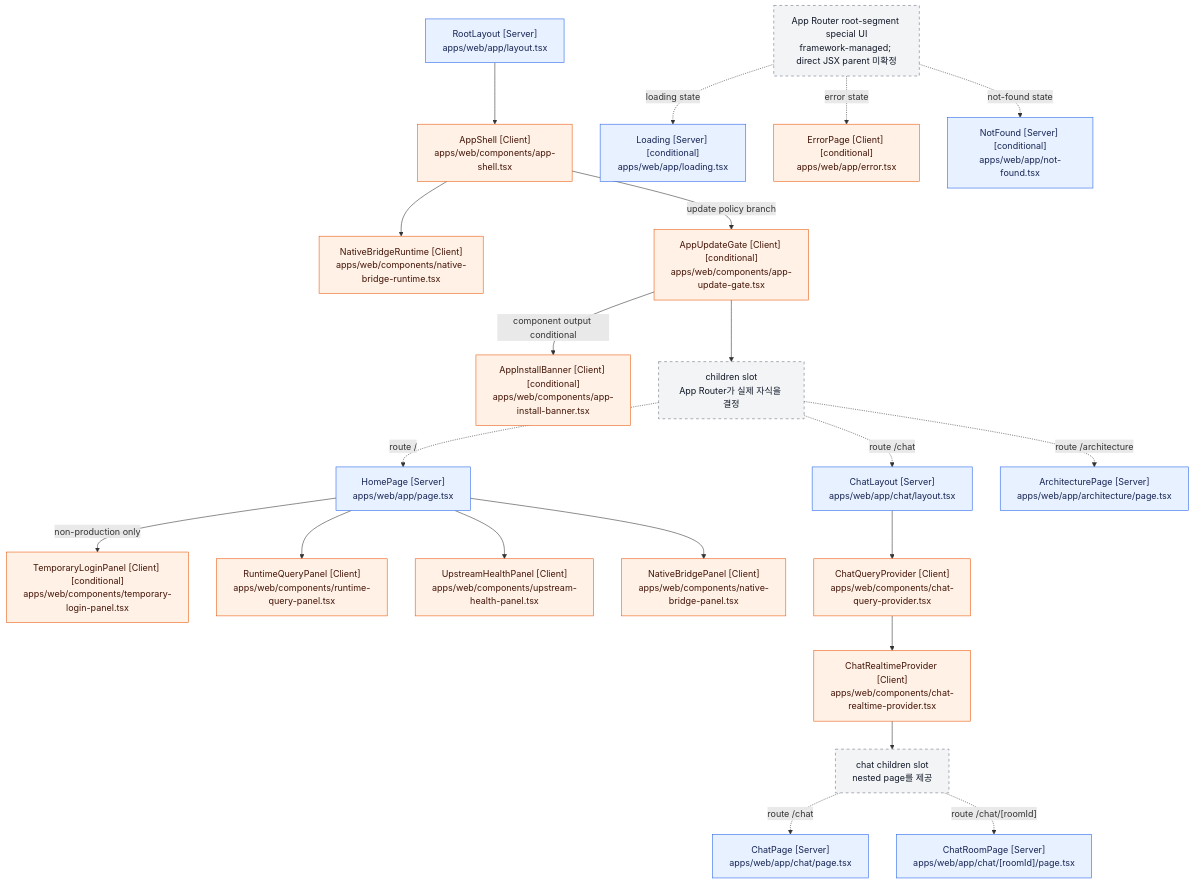
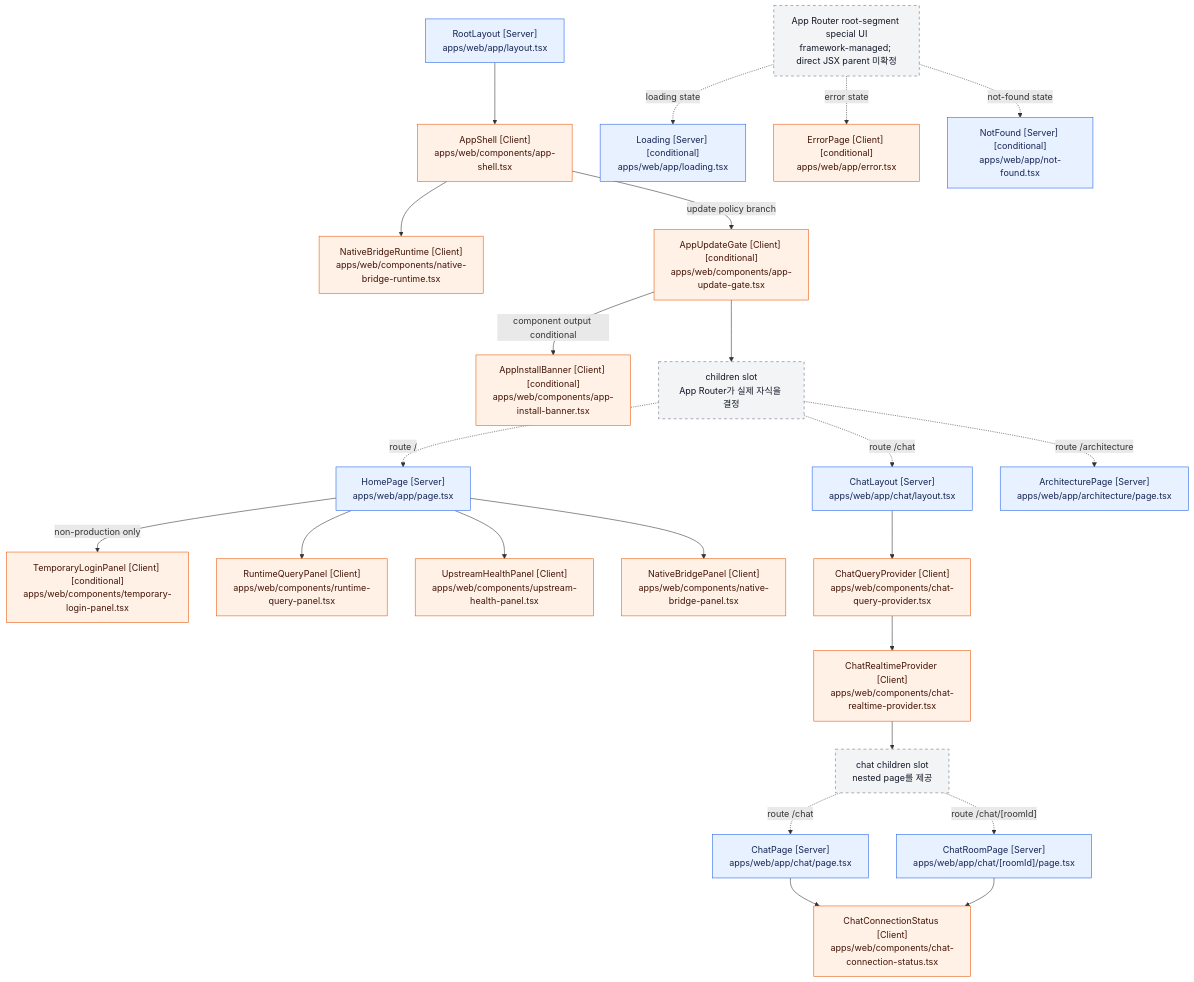
Before and after one commit to mokpombc17-coder/CIVIC-AI: the diagram in docs/architecture/react-component-tree.md, drawn with Mermaid. The commit also changed other lines of this file and 5 other files, not shown here.

Commit message:
feat(web): show chat connection status

````diff
--- a/docs/architecture/react-component-tree.md
+++ b/docs/architecture/react-component-tree.md
@@ -105,62 +107,65 @@
 ```mermaid
 flowchart TD
     RootLayout["RootLayout [Server]<br/>apps/web/app/layout.tsx"]
     AppShell["AppShell [Client]<br/>apps/web/components/app-shell.tsx"]
     NativeBridgeRuntime["NativeBridgeRuntime [Client]<br/>apps/web/components/native-bridge-runtime.tsx"]
     AppUpdateGate["AppUpdateGate [Client] [conditional]<br/>apps/web/components/app-update-gate.tsx"]
     AppInstallBanner["AppInstallBanner [Client] [conditional]<br/>apps/web/components/app-install-banner.tsx"]
     ChildrenSlot["children slot<br/>App Router가 실제 자식을 결정"]
 
     HomePage["HomePage [Server]<br/>apps/web/app/page.tsx"]
     TemporaryLoginPanel["TemporaryLoginPanel [Client] [conditional]<br/>apps/web/components/temporary-login-panel.tsx"]
     RuntimeQueryPanel["RuntimeQueryPanel [Client]<br/>apps/web/components/runtime-query-panel.tsx"]
     UpstreamHealthPanel["UpstreamHealthPanel [Client]<br/>apps/web/components/upstream-health-panel.tsx"]
     NativeBridgePanel["NativeBridgePanel [Client]<br/>apps/web/components/native-bridge-panel.tsx"]
 
     ChatLayout["ChatLayout [Server]<br/>apps/web/app/chat/layout.tsx"]
     ChatQueryProvider["ChatQueryProvider [Client]<br/>apps/web/components/chat-query-provider.tsx"]
     ChatRealtimeProvider["ChatRealtimeProvider [Client]<br/>apps/web/components/chat-realtime-provider.tsx"]
     ChatChildrenSlot["chat children slot<br/>nested page를 제공"]
     ChatPage["ChatPage [Server]<br/>apps/web/app/chat/page.tsx"]
     ChatRoomPage["ChatRoomPage [Server]<br/>apps/web/app/chat/[roomId]/page.tsx"]
+    ChatConnectionStatus["ChatConnectionStatus [Client]<br/>apps/web/components/chat-connection-status.tsx"]
 
     ArchitecturePage["ArchitecturePage [Server]<br/>apps/web/app/architecture/page.tsx"]
 
     SpecialBoundary["App Router root-segment special UI<br/>framework-managed; direct JSX parent 미확정"]
     Loading["Loading [Server] [conditional]<br/>apps/web/app/loading.tsx"]
     ErrorPage["ErrorPage [Client] [conditional]<br/>apps/web/app/error.tsx"]
     NotFound["NotFound [Server] [conditional]<br/>apps/web/app/not-found.tsx"]
 
     RootLayout --> AppShell
     AppShell --> NativeBridgeRuntime
     AppShell -->|"update policy branch"| AppUpdateGate
     AppUpdateGate -->|"component output conditional"| AppInstallBanner
     AppUpdateGate --> ChildrenSlot
 
     ChildrenSlot -. "route /" .-> HomePage
     HomePage -->|"non-production only"| TemporaryLoginPanel
     HomePage --> RuntimeQueryPanel
     HomePage --> UpstreamHealthPanel
     HomePage --> NativeBridgePanel
 
     ChildrenSlot -. "route /chat" .-> ChatLayout
     ChatLayout --> ChatQueryProvider
     ChatQueryProvider --> ChatRealtimeProvider
     ChatRealtimeProvider --> ChatChildrenSlot
     ChatChildrenSlot -. "route /chat" .-> ChatPage
     ChatChildrenSlot -. "route /chat/[roomId]" .-> ChatRoomPage
+    ChatPage --> ChatConnectionStatus
+    ChatRoomPage --> ChatConnectionStatus
 
     ChildrenSlot -. "route /architecture" .-> ArchitecturePage
 
     SpecialBoundary -. "loading state" .-> Loading
     SpecialBoundary -. "error state" .-> ErrorPage
     SpecialBoundary -. "not-found state" .-> NotFound
 
     classDef server fill:#e8f1ff,stroke:#2563eb,color:#172554;
     classDef client fill:#fff1e6,stroke:#ea580c,color:#431407;
     classDef framework fill:#f3f4f6,stroke:#6b7280,color:#111827,stroke-dasharray:5 5;
 
     class RootLayout,HomePage,ChatLayout,ChatPage,ChatRoomPage,ArchitecturePage,Loading,NotFound server;
-    class AppShell,NativeBridgeRuntime,AppUpdateGate,AppInstallBanner,TemporaryLoginPanel,RuntimeQueryPanel,UpstreamHealthPanel,NativeBridgePanel,ChatQueryProvider,ChatRealtimeProvider,ErrorPage client;
+    class AppShell,NativeBridgeRuntime,AppUpdateGate,AppInstallBanner,TemporaryLoginPanel,RuntimeQueryPanel,UpstreamHealthPanel,NativeBridgePanel,ChatQueryProvider,ChatRealtimeProvider,ChatConnectionStatus,ErrorPage client;
     class ChildrenSlot,ChatChildrenSlot,SpecialBoundary framework;
 ```
````
